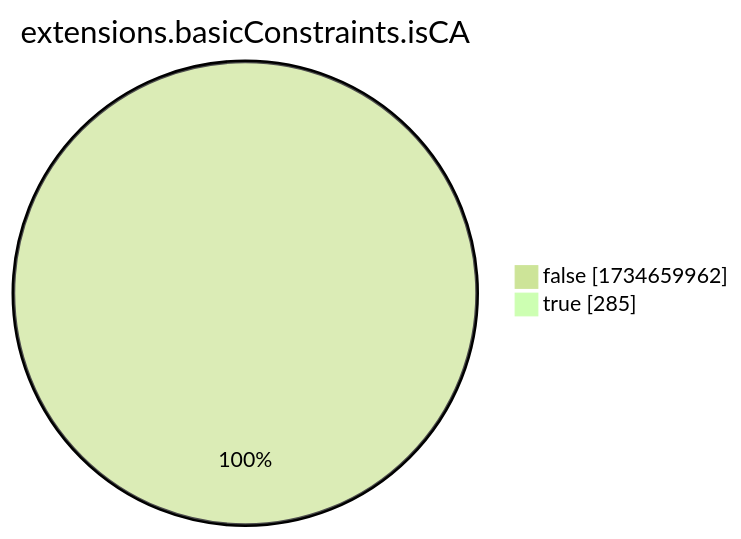
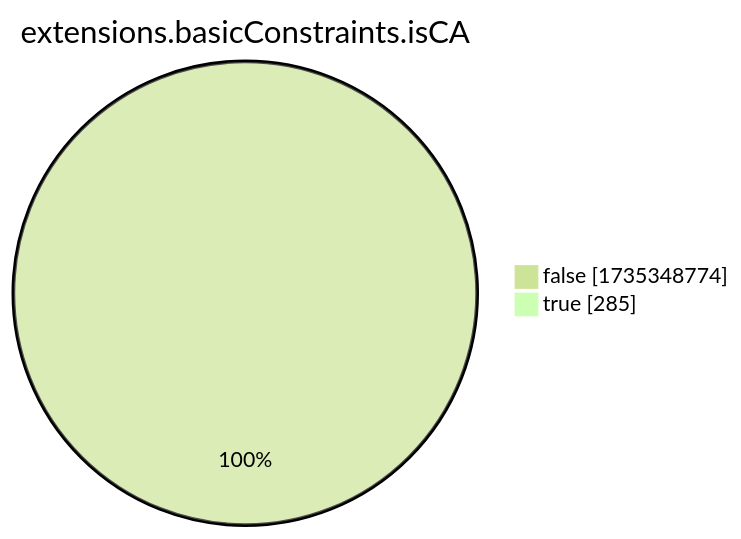
The eighth of 15 diagrams in xenon2022/README.md (christiankrug/ctmonitor_visualization), drawn with Mermaid (forest theme) before and after one commit. The commit also changed other lines of this file, not shown here.

````diff
--- a/xenon2022/README.md
+++ b/xenon2022/README.md
@@ -2867,6 +2867,6 @@
 ```mermaid
 pie showData
 title extensions.basicConstraints.isCA
-"false" :1734659962
+"false" :1735348774
 "true" :285
 ```
````
